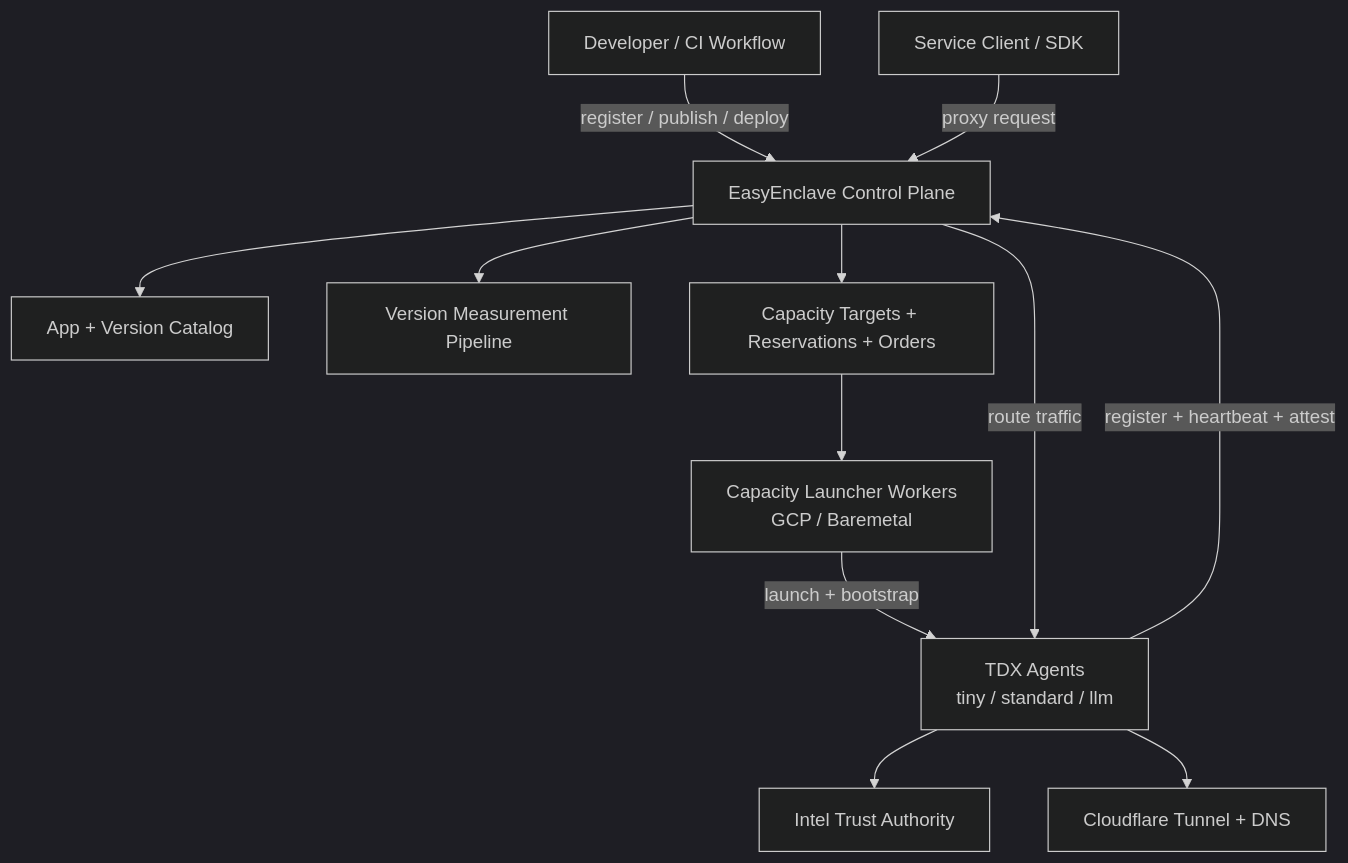
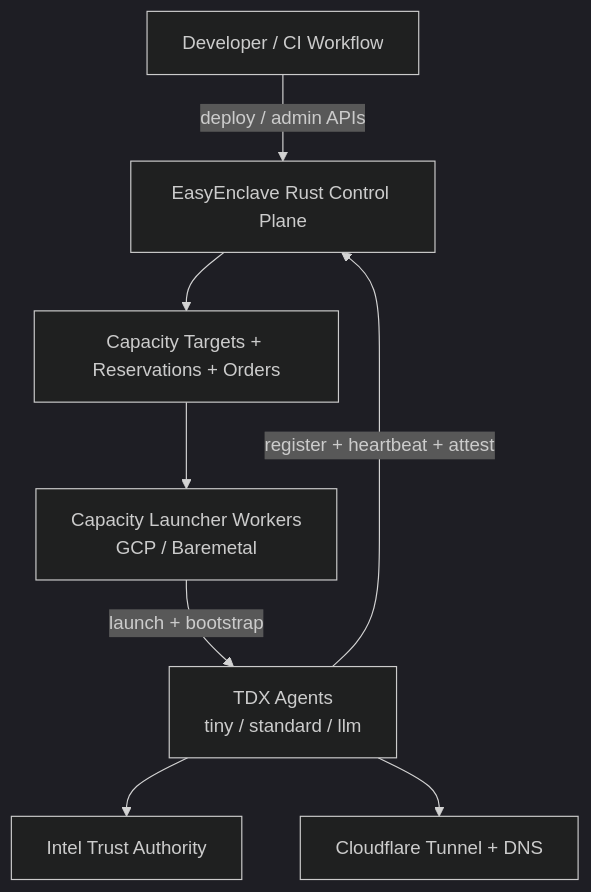
The first of 2 diagrams in docs/ARCHITECTURE.md (easyenclave/easyenclave), drawn with Mermaid (dark theme) before and after one commit. The commit also changed other lines of this file and 98 other files, not shown here.

````diff
--- a/docs/ARCHITECTURE.md
+++ b/docs/ARCHITECTURE.md
@@ -10,25 +7,18 @@
 ```mermaid
 flowchart TD
     Dev[Developer / CI Workflow]
-    CP[EasyEnclave Control Plane]
-    Catalog[App + Version Catalog]
-    Measure[Version Measurement Pipeline]
+    CP[EasyEnclave Rust Control Plane]
     Capacity[Capacity Targets + Reservations + Orders]
     Workers[Capacity Launcher Workers<br/>GCP / Baremetal]
     Agents[TDX Agents<br/>tiny / standard / llm]
     ITA[Intel Trust Authority]
     CF[Cloudflare Tunnel + DNS]
-    Client[Service Client / SDK]
 
-    Dev -->|register / publish / deploy| CP
-    CP --> Catalog
-    CP --> Measure
+    Dev -->|deploy / admin APIs| CP
     CP --> Capacity
     Capacity --> Workers
     Workers -->|launch + bootstrap| Agents
     Agents -->|register + heartbeat + attest| CP
     Agents --> ITA
     Agents --> CF
-    Client -->|proxy request| CP
-    CP -->|route traffic| Agents
 ```
````
